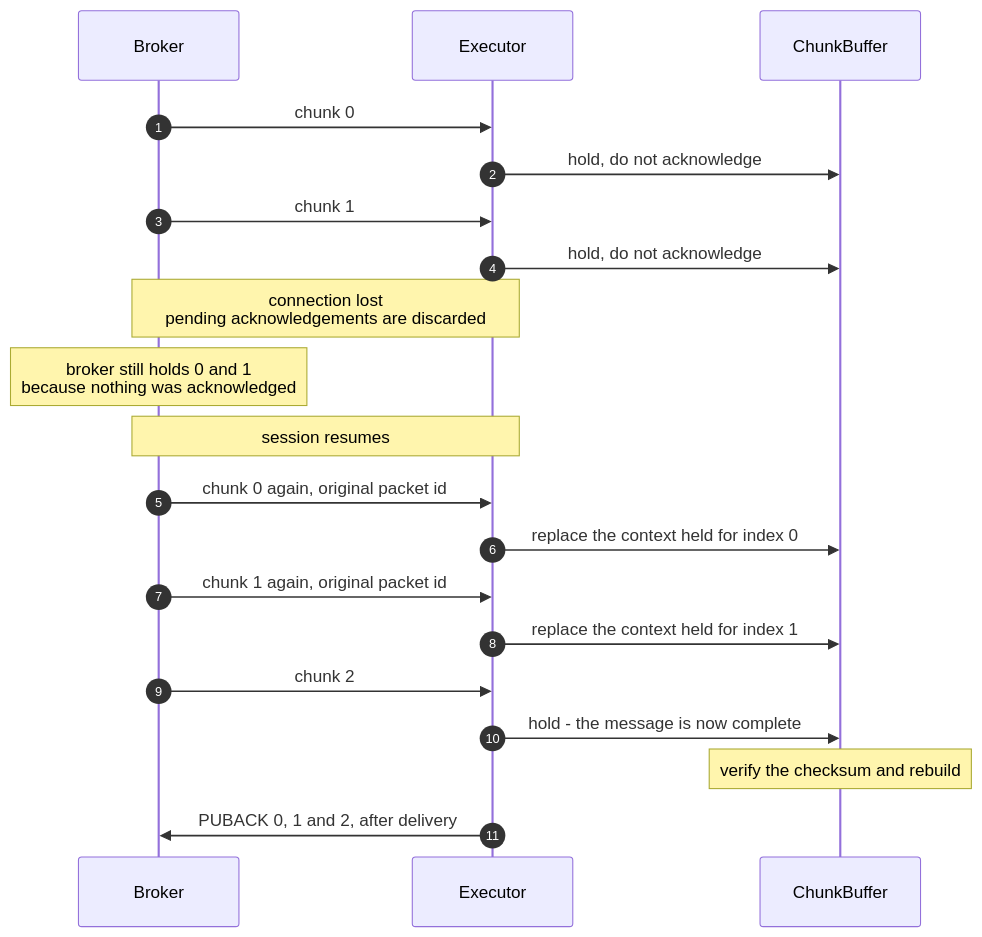
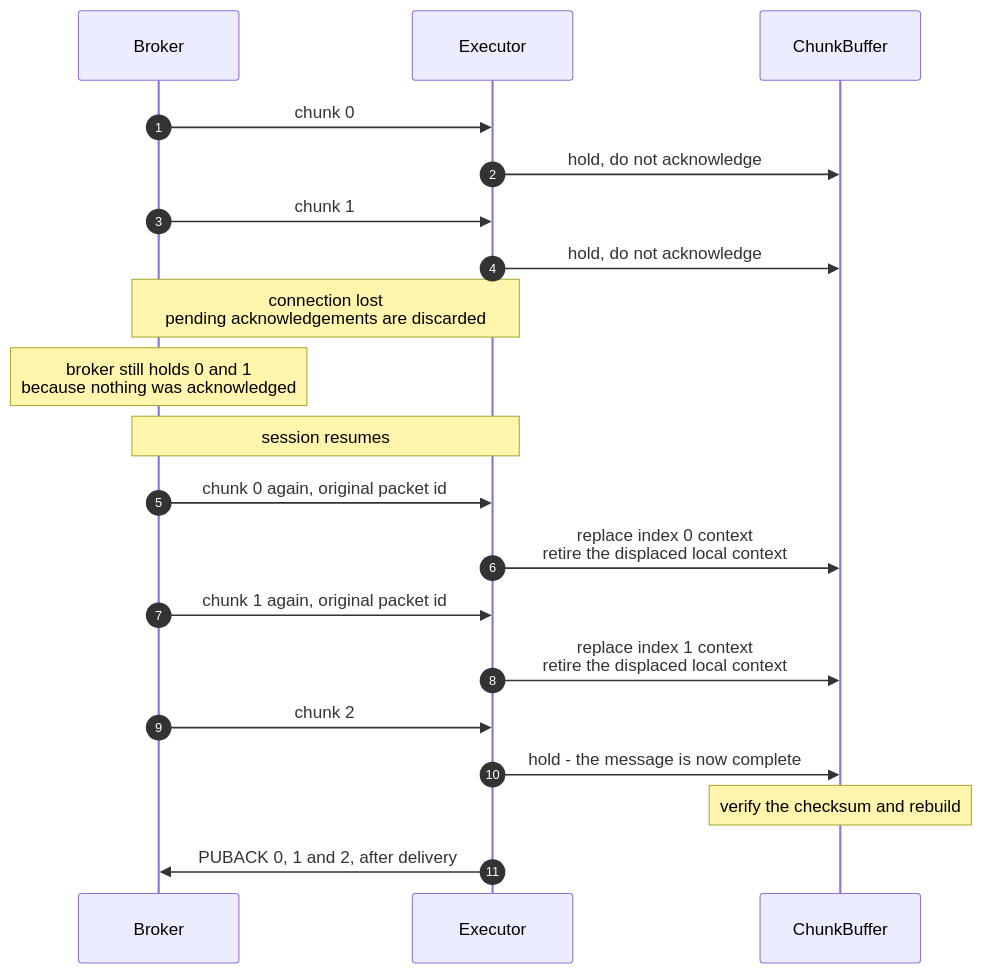
Before and after one commit to Azure/iot-operations-sdks: the fifth of 5 diagrams in doc/dev/adr/0033-large-message-chunking-diagrams.md, drawn with Mermaid. The commit also changed other lines of this file and 28 other files, not shown here.

````diff
--- a/doc/dev/adr/0033-large-message-chunking-diagrams.md
+++ b/doc/dev/adr/0033-large-message-chunking-diagrams.md
@@ -144,26 +149,26 @@
 ```mermaid
 sequenceDiagram
     autonumber
     participant B as Broker
     participant E as Executor
     participant F as ChunkBuffer
 
     B->>E: chunk 0
     E->>F: hold, do not acknowledge
     B->>E: chunk 1
     E->>F: hold, do not acknowledge
 
     Note over B,E: connection lost<br/>pending acknowledgements are discarded
     Note over B: broker still holds 0 and 1<br/>because nothing was acknowledged
     Note over B,E: session resumes
 
     B->>E: chunk 0 again, original packet id
-    E->>F: replace the context held for index 0
+    E->>F: replace index 0 context<br/>retire the displaced local context
     B->>E: chunk 1 again, original packet id
-    E->>F: replace the context held for index 1
+    E->>F: replace index 1 context<br/>retire the displaced local context
     B->>E: chunk 2
     E->>F: hold - the message is now complete
 
     Note over F: verify the checksum and rebuild
     E->>B: PUBACK 0, 1 and 2, after delivery
 ```
````
